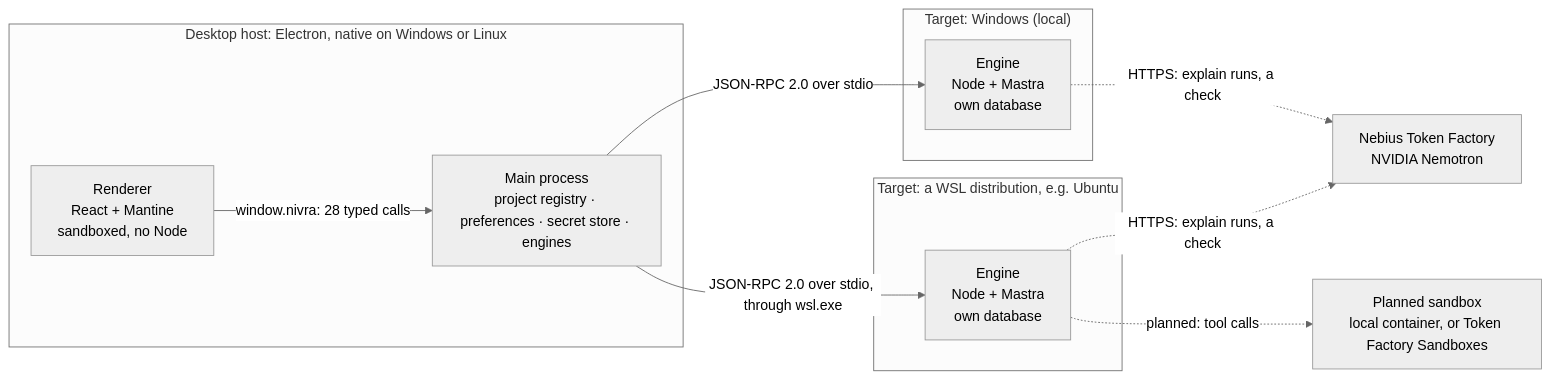
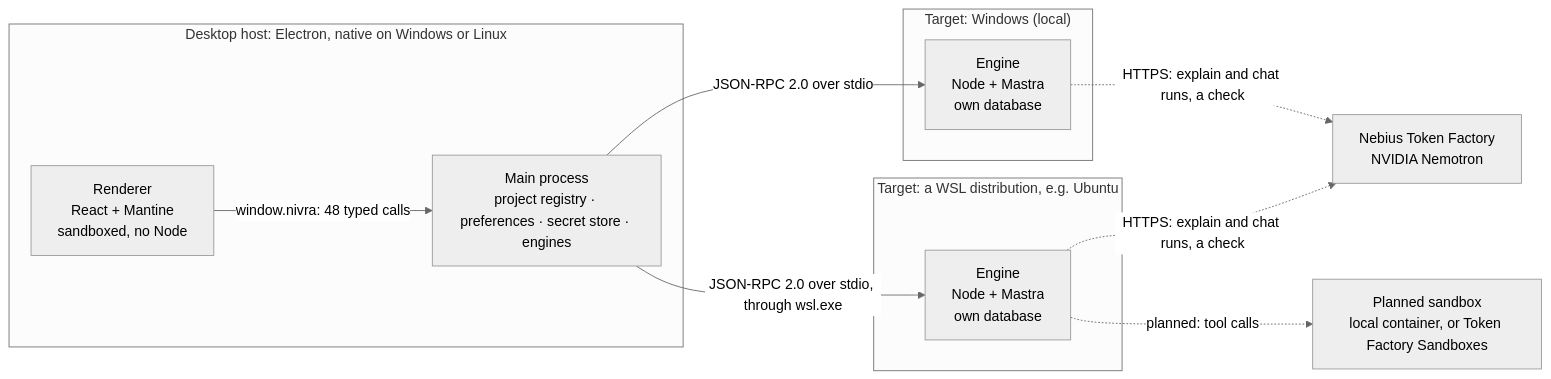
The first of 4 diagrams in system-architecture.md (xXValhallaCoderXx/nivra-orchestrator), drawn with Mermaid (neutral theme) before and after one commit. The commit also changed other lines of this file and 1 other file, not shown here.

First line of the commit message:
docs: record checkpoint 2's window, its checks and the live evidence (NIV-30 to NIV-32)

````diff
--- a/system-architecture.md
+++ b/system-architecture.md
@@ -71,19 +71,19 @@
 ```mermaid
 flowchart LR
   subgraph Host["Desktop host: Electron, native on Windows or Linux"]
     R["Renderer<br/>React + Mantine<br/>sandboxed, no Node"]
     M["Main process<br/>project registry · preferences · secret store · engines"]
-    R -- "window.nivra: 28 typed calls" --> M
+    R -- "window.nivra: 48 typed calls" --> M
   end
   subgraph W["Target: Windows (local)"]
     E1["Engine<br/>Node + Mastra<br/>own database"]
   end
   subgraph L["Target: a WSL distribution, e.g. Ubuntu"]
     E2["Engine<br/>Node + Mastra<br/>own database"]
   end
   M -- "JSON-RPC 2.0 over stdio" --> E1
   M -- "JSON-RPC 2.0 over stdio, through wsl.exe" --> E2
-  E1 -. "HTTPS: explain runs, a check" .-> TF["Nebius Token Factory<br/>NVIDIA Nemotron"]
-  E2 -. "HTTPS: explain runs, a check" .-> TF
+  E1 -. "HTTPS: explain and chat runs, a check" .-> TF["Nebius Token Factory<br/>NVIDIA Nemotron"]
+  E2 -. "HTTPS: explain and chat runs, a check" .-> TF
   E2 -. "planned: tool calls" .-> SB["Planned sandbox<br/>local container, or Token Factory Sandboxes"]
 ```
````
